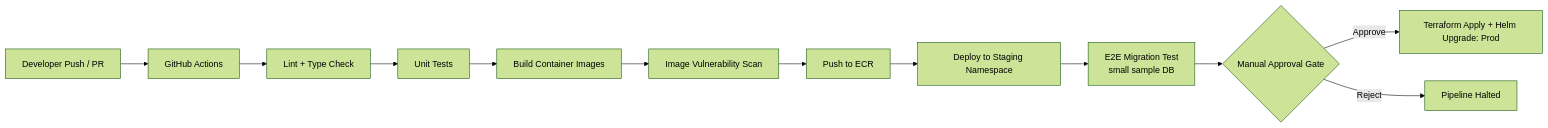
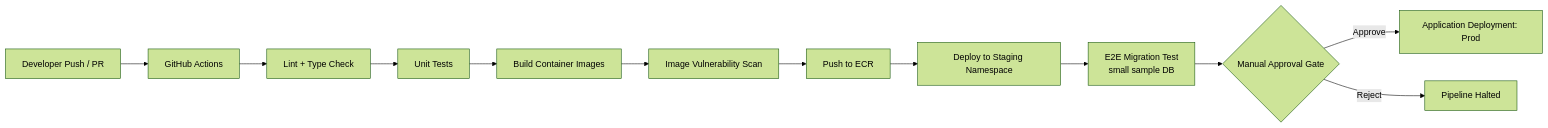
Before and after one commit to dev-patel-ness/Agentic-AI-Database-Migration: diagram 16 of 17 in docs/architecture.md, drawn with Mermaid (forest theme). The commit also changed other lines of this file and 10 other files, not shown here.

````diff
--- a/docs/architecture.md
+++ b/docs/architecture.md
@@ -698,14 +691,14 @@
 ```mermaid
 flowchart LR
     Dev[Developer Push / PR] --> GH[GitHub Actions]
     GH --> Lint[Lint + Type Check]
     Lint --> Unit[Unit Tests]
     Unit --> Build[Build Container Images]
     Build --> Scan[Image Vulnerability Scan]
     Scan --> Push[Push to ECR]
     Push --> IntegrationEnv[Deploy to Staging Namespace]
     IntegrationEnv --> E2E[E2E Migration Test\n small sample DB]
     E2E --> Approval{Manual Approval Gate}
-    Approval -->|Approve| Prod[Terraform Apply + Helm Upgrade: Prod]
+    Approval -->|Approve| Prod[Application Deployment: Prod]
     Approval -->|Reject| Stop[Pipeline Halted]
 ```
````
